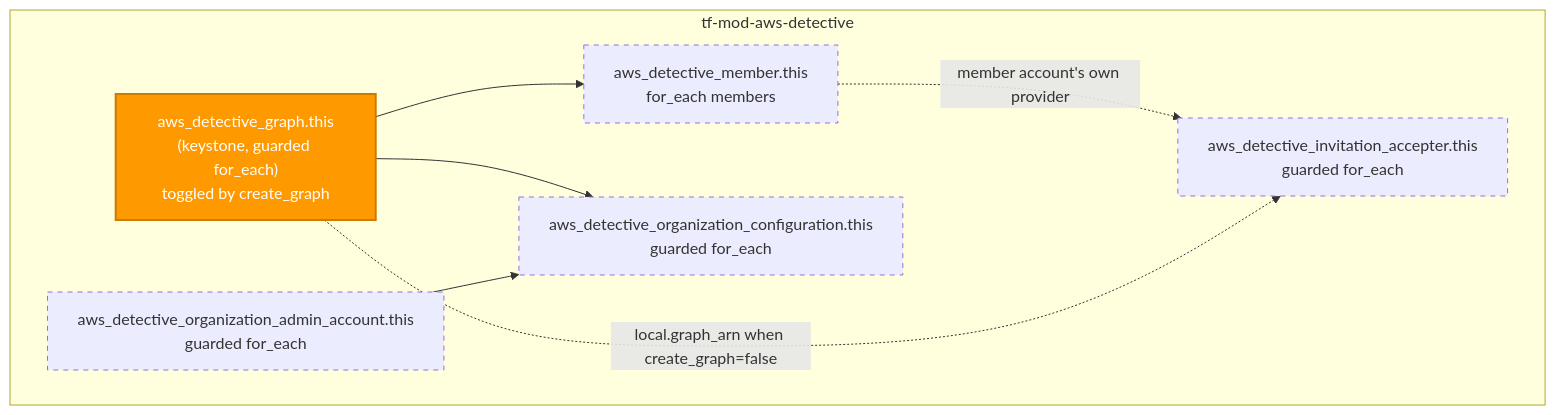
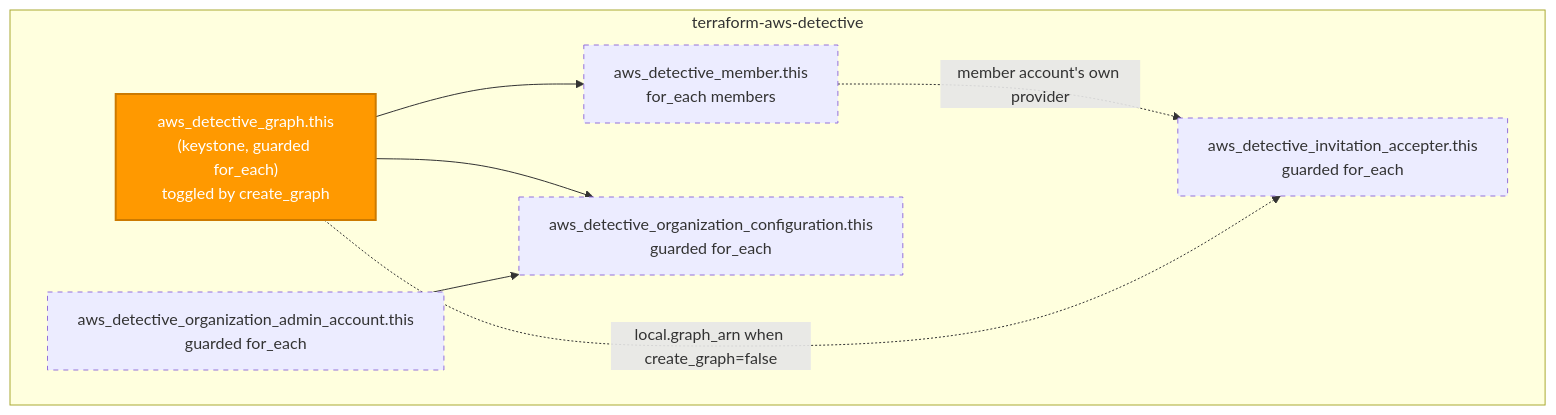
One commit to microsoftexpert/terraform-aws-detective changed the second of 2 diagrams in README.md. Above: the diagram before and after it, drawn with Mermaid. The commit also changed other lines of this file and 4 other files, not shown here.

````diff
--- a/README.md
+++ b/README.md
@@ -65,22 +65,22 @@
 ```mermaid
 flowchart TD
- subgraph mod["tf-mod-aws-detective"]
+ subgraph mod["terraform-aws-detective"]
  keystone["aws_detective_graph.this<br/>(keystone, guarded for_each)<br/>toggled by create_graph"]
  mem["aws_detective_member.this<br/>for_each members"]
  oaa["aws_detective_organization_admin_account.this<br/>guarded for_each"]
  ocfg["aws_detective_organization_configuration.this<br/>guarded for_each"]
  acc["aws_detective_invitation_accepter.this<br/>guarded for_each"]
  end
 
  keystone --> mem
  keystone --> ocfg
  oaa --> ocfg
  mem -.->|"member account's own provider"| acc
  keystone -.->|"local.graph_arn when create_graph=false"| acc
 
  style keystone fill:#FF9900,color:#fff,stroke:#cc7a00,stroke-width:2px
  style mem stroke-dasharray: 5 5
  style oaa stroke-dasharray: 5 5
  style ocfg stroke-dasharray: 5 5
  style acc stroke-dasharray: 5 5
 ```
````
